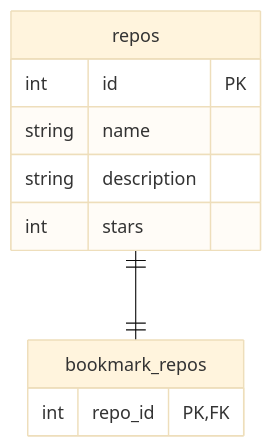
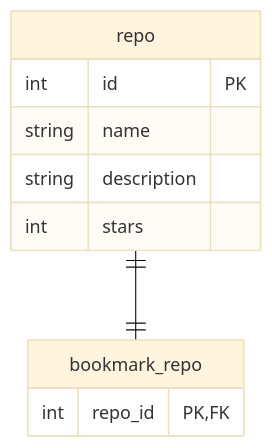
Before and after one commit to mixigroup/2025BeginnerTrainingAndroid: the second of 2 diagrams in README.md, drawn with Mermaid (base theme).

Commit message:
テーブル名を解説のコード上での命名に合わせる

````diff
--- a/README.md
+++ b/README.md
@@ -2266,15 +2266,15 @@
 ```mermaid
 erDiagram
-repos {
+repo {
   int id PK
   string name
   string description
   int stars
 }
 
-bookmark_repos {
+bookmark_repo {
   int repo_id PK, FK
 }
 
-repos ||--|| bookmark_repos : ""
+repo ||--|| bookmark_repo : ""
 ```
````
